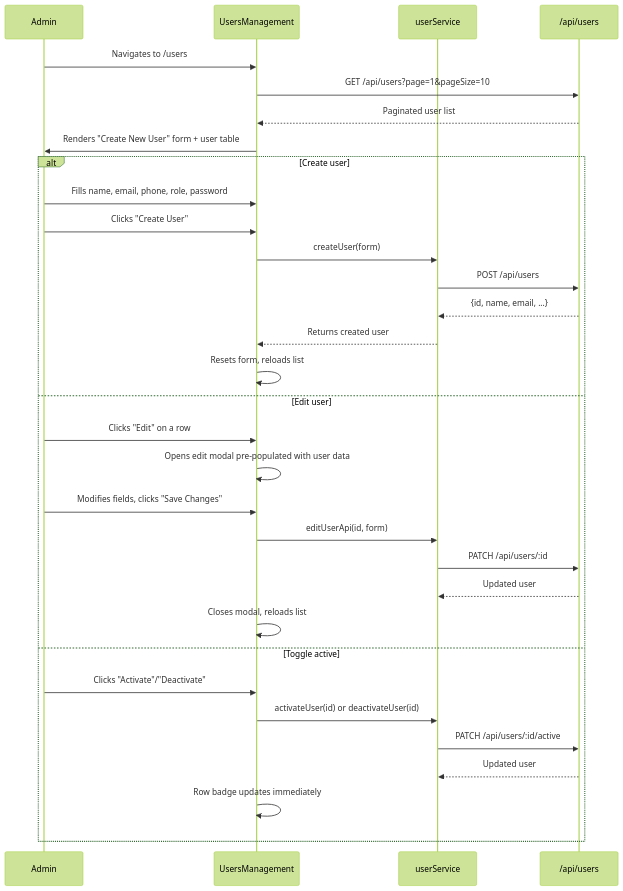
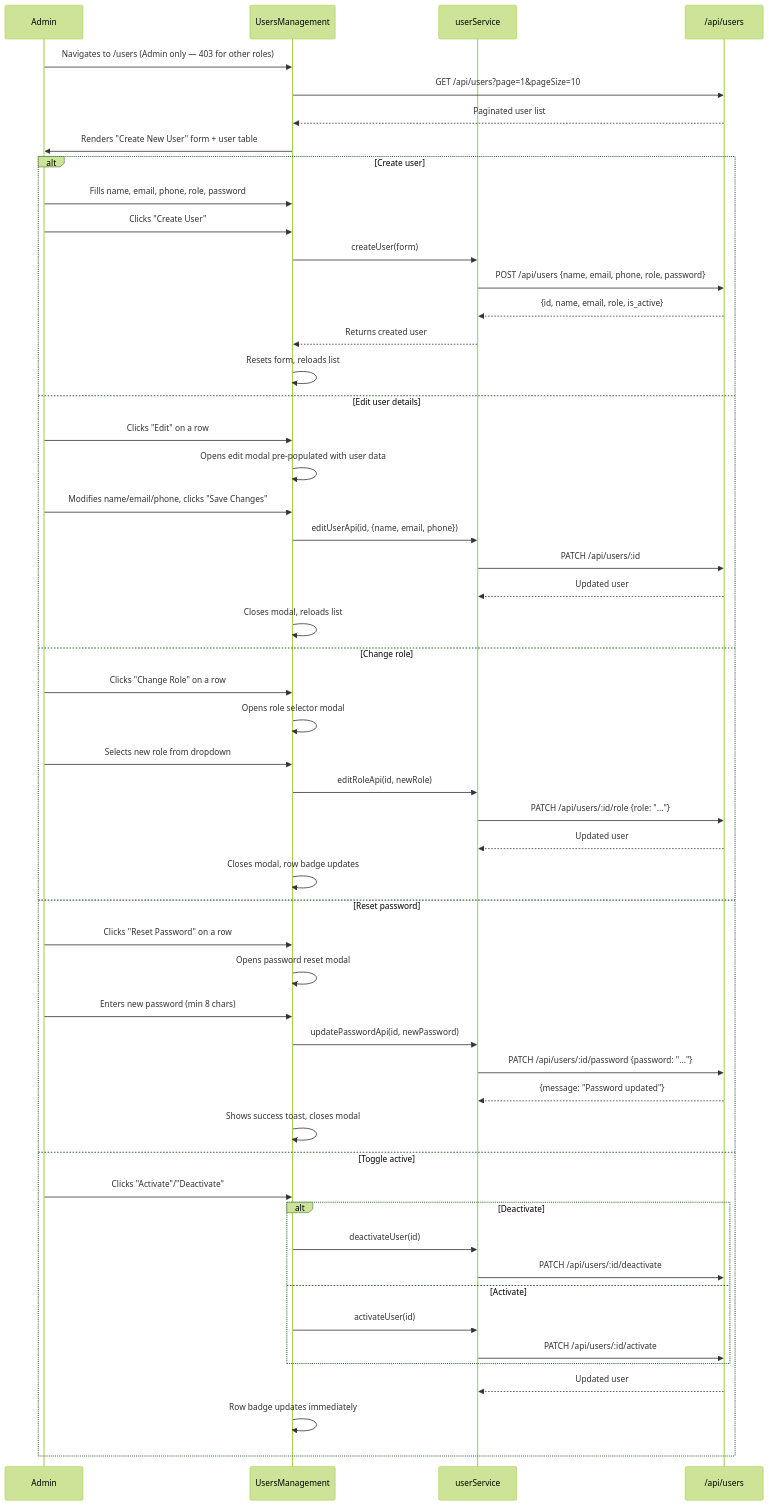
One commit to cybervarun/office-management-system changed the sixth of 9 diagrams in docs/FLOWS/user-flows.md. Above: the diagram before and after it, drawn with Mermaid (forest theme). The commit also changed other lines of this file and 57 other files, not shown here.

````diff
--- a/docs/FLOWS/user-flows.md
+++ b/docs/FLOWS/user-flows.md
@@ -320,36 +336,57 @@
 ```mermaid
 sequenceDiagram
     participant User as Admin
     participant UserUI as UsersManagement
     participant UserSvc as userService
     participant API as /api/users
 
-    User->>UserUI: Navigates to /users
+    User->>UserUI: Navigates to /users (Admin only — 403 for other roles)
     UserUI->>API: GET /api/users?page=1&pageSize=10
     API-->>UserUI: Paginated user list
     UserUI->>User: Renders "Create New User" form + user table
 
     alt Create user
         User->>UserUI: Fills name, email, phone, role, password
         User->>UserUI: Clicks "Create User"
         UserUI->>UserSvc: createUser(form)
-        UserSvc->>API: POST /api/users
-        API-->>UserSvc: {id, name, email, ...}
+        UserSvc->>API: POST /api/users {name, email, phone, role, password}
+        API-->>UserSvc: {id, name, email, role, is_active}
         UserSvc-->>UserUI: Returns created user
         UserUI->>UserUI: Resets form, reloads list
-    else Edit user
+    else Edit user details
         User->>UserUI: Clicks "Edit" on a row
         UserUI->>UserUI: Opens edit modal pre-populated with user data
-        User->>UserUI: Modifies fields, clicks "Save Changes"
-        UserUI->>UserSvc: editUserApi(id, form)
+        User->>UserUI: Modifies name/email/phone, clicks "Save Changes"
+        UserUI->>UserSvc: editUserApi(id, {name, email, phone})
         UserSvc->>API: PATCH /api/users/:id
         API-->>UserSvc: Updated user
         UserUI->>UserUI: Closes modal, reloads list
+    else Change role
+        User->>UserUI: Clicks "Change Role" on a row
+        UserUI->>UserUI: Opens role selector modal
+        User->>UserUI: Selects new role from dropdown
+        UserUI->>UserSvc: editRoleApi(id, newRole)
+        UserSvc->>API: PATCH /api/users/:id/role {role: "..."}
+        API-->>UserSvc: Updated user
+        UserUI->>UserUI: Closes modal, row badge updates
+    else Reset password
+        User->>UserUI: Clicks "Reset Password" on a row
+        UserUI->>UserUI: Opens password reset modal
+        User->>UserUI: Enters new password (min 8 chars)
+        UserUI->>UserSvc: updatePasswordApi(id, newPassword)
+        UserSvc->>API: PATCH /api/users/:id/password {password: "..."}
+        API-->>UserSvc: {message: "Password updated"}
+        UserUI->>UserUI: Shows success toast, closes modal
     else Toggle active
         User->>UserUI: Clicks "Activate"/"Deactivate"
-        UserUI->>UserSvc: activateUser(id) or deactivateUser(id)
-        UserSvc->>API: PATCH /api/users/:id/active
+        alt Deactivate
+            UserUI->>UserSvc: deactivateUser(id)
+            UserSvc->>API: PATCH /api/users/:id/deactivate
+        else Activate
+            UserUI->>UserSvc: activateUser(id)
+            UserSvc->>API: PATCH /api/users/:id/activate
+        end
         API-->>UserSvc: Updated user
         UserUI->>UserUI: Row badge updates immediately
     end
 ```
````
